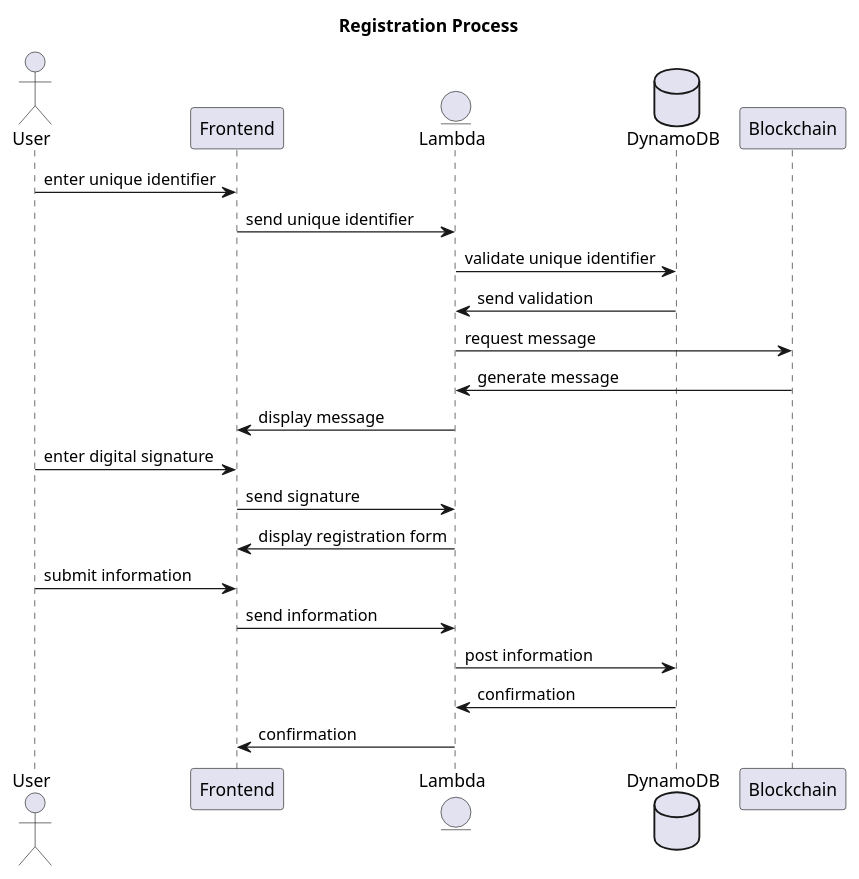
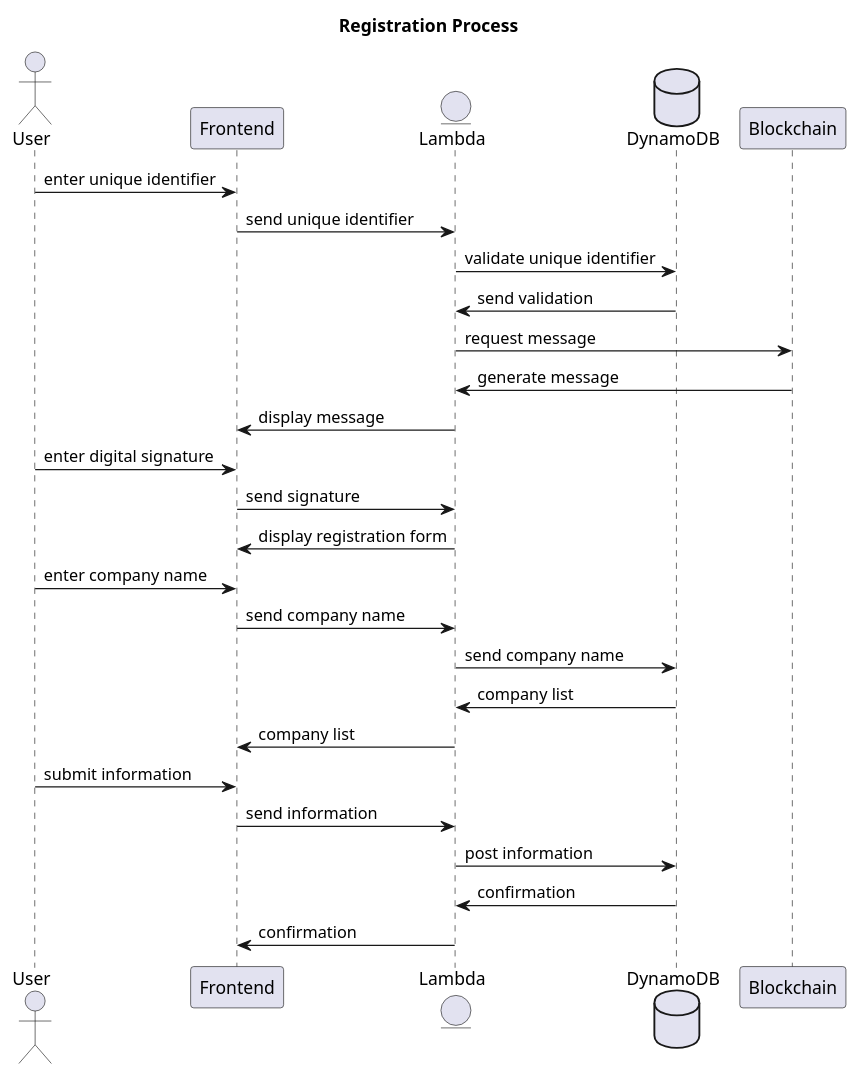
The diagram in docs/Registration/registration-sequence.puml (davidseddy1/ReputationIndex), drawn with PlantUML before and after one commit. The commit also changed 12 other files, not shown here.

```diff
--- a/docs/Registration/registration-sequence.puml
+++ b/docs/Registration/registration-sequence.puml
@@ -1,27 +1,32 @@
 @startuml
 
 title "Registration Process"
 
 Actor "User"
 participant "Frontend"
 
 entity "Lambda" as lamb
 Database "DynamoDB" as db
 
 User -> Frontend : enter unique identifier
 Frontend -> lamb : send unique identifier
 lamb -> db : validate unique identifier
 db-> lamb : send validation
 lamb -> Blockchain : request message
 Blockchain -> lamb : generate message
 lamb -> Frontend : display message
 User -> Frontend : enter digital signature
 Frontend -> lamb : send signature
 lamb -> Frontend : display registration form
+User -> Frontend : enter company name
+Frontend -> lamb : send company name
+lamb -> db : send company name
+db -> lamb : company list
+lamb -> Frontend : company list
 User -> Frontend : submit information
 Frontend -> lamb : send information
 lamb -> db : post information
 db -> lamb : confirmation
 lamb -> Frontend : confirmation
 
 @enduml
```
